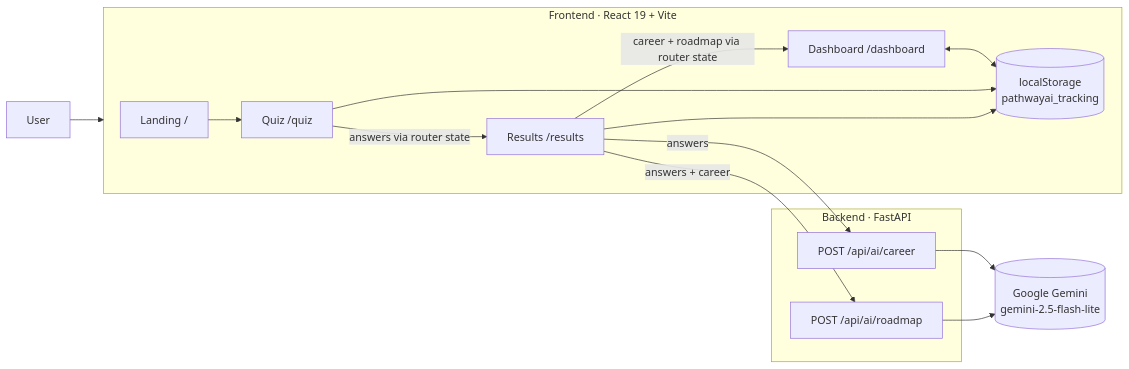
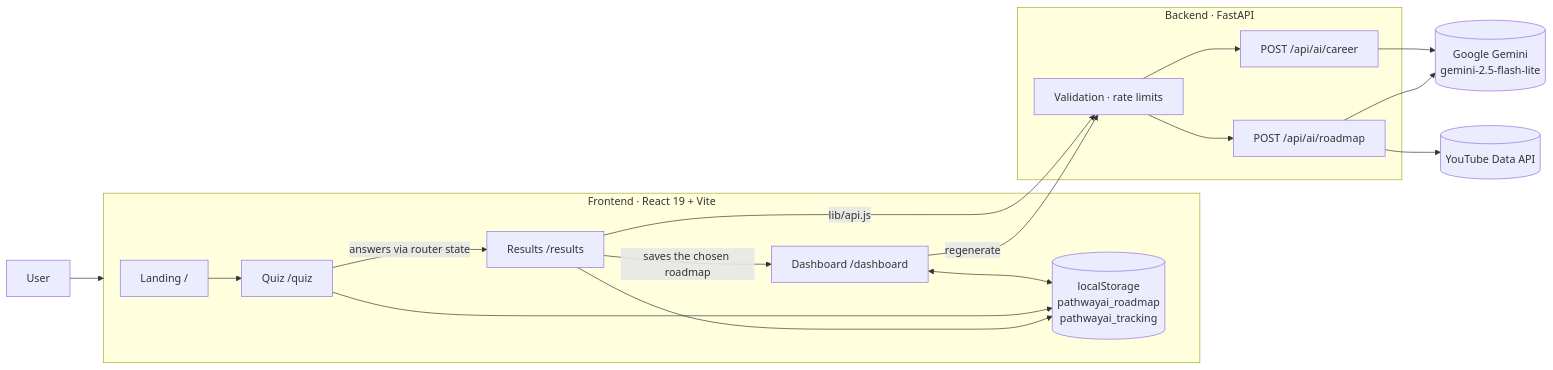
The diagram in README.md (YussafZarifi/pathway-ai), drawn with Mermaid before and after one commit. The commit also changed other lines of this file and 11 other files, not shown here.

````diff
--- a/README.md
+++ b/README.md
@@ -46,24 +47,28 @@
 ```mermaid
 flowchart LR
     U[User] --> FE
 
     subgraph FE[Frontend · React 19 + Vite]
         L[Landing /] --> Q[Quiz /quiz]
         Q -->|answers via router state| R[Results /results]
-        R -->|career + roadmap via router state| D[Dashboard /dashboard]
-        LS[(localStorage<br/>pathwayai_tracking)]
+        R -->|saves the chosen roadmap| D[Dashboard /dashboard]
+        LS[(localStorage<br/>pathwayai_roadmap<br/>pathwayai_tracking)]
         D <--> LS
         Q --> LS
         R --> LS
     end
 
     subgraph BE[Backend · FastAPI]
+        V[Validation · rate limits]
         C[POST /api/ai/career]
         RM[POST /api/ai/roadmap]
     end
 
-    R -->|answers| C
-    R -->|answers + career| RM
+    R -->|lib/api.js| V
+    D -->|regenerate| V
+    V --> C
+    V --> RM
     C --> G[(Google Gemini<br/>gemini-2.5-flash-lite)]
     RM --> G
+    RM --> YT[(YouTube Data API)]
 ```
````
